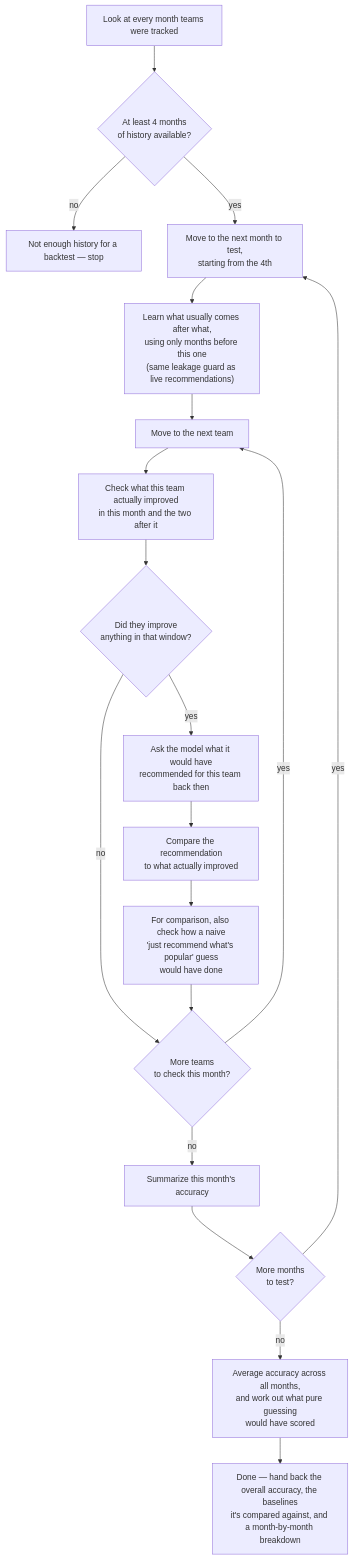
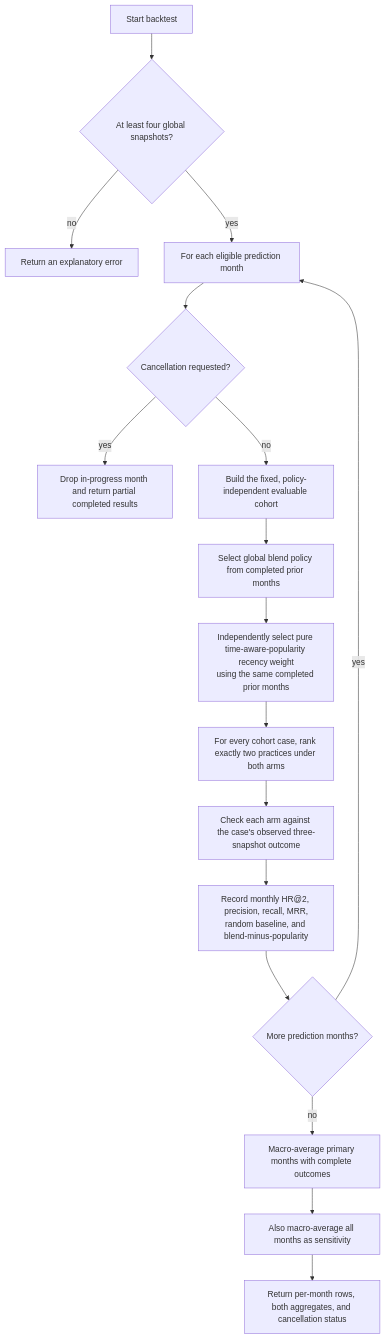
One commit to erezmorabia/agile-prediction-mvp changed the diagram in docs/flowcharts/run-backtest.md. Above: the diagram before and after it, drawn with Mermaid. The commit also changed other lines of this file and 9 other files, not shown here.

First line of the commit message:
Update flowcharts and sequence diagrams for the policy blend

````diff
--- a/docs/flowcharts/run-backtest.md
+++ b/docs/flowcharts/run-backtest.md
@@ -16,21 +9,19 @@
 ```mermaid
 flowchart TD
-    A[Look at every month teams were tracked] --> B{At least 4 months<br/>of history available?}
-    B -->|no| Z1[Not enough history for a backtest — stop]
-    B -->|yes| C[Move to the next month to test,<br/>starting from the 4th]
-    C --> D["Learn what usually comes after what,<br/>using only months before this one<br/>(same leakage guard as live recommendations)"]
-    D --> E[Move to the next team]
-    E --> F[Check what this team actually improved<br/>in this month and the two after it]
-    F --> G{Did they improve<br/>anything in that window?}
-    G -->|yes| H["Ask the model what it would have<br/>recommended for this team back then"]
-    H --> I[Compare the recommendation<br/>to what actually improved]
-    I --> J["For comparison, also check how a naive<br/>'just recommend what's popular' guess<br/>would have done"]
-    G -->|no| K{More teams<br/>to check this month?}
-    J --> K
-    K -->|yes| E
-    K -->|no| L[Summarize this month's accuracy]
-    L --> N{More months<br/>to test?}
-    N -->|yes| C
-    N -->|no| O["Average accuracy across all months,<br/>and work out what pure guessing<br/>would have scored"]
-    O --> M["Done — hand back the overall accuracy, the baselines<br/>it's compared against, and a month-by-month breakdown"]
+    A[Start backtest] --> B{At least four global snapshots?}
+    B -->|no| Z[Return an explanatory error]
+    B -->|yes| C[For each eligible prediction month]
+    C --> D{Cancellation requested?}
+    D -->|yes| X[Drop in-progress month and return partial completed results]
+    D -->|no| E[Build the fixed, policy-independent evaluable cohort]
+    E --> F[Select global blend policy from completed prior months]
+    F --> G[Independently select pure time-aware-popularity recency weight<br/>using the same completed prior months]
+    G --> H[For every cohort case, rank exactly two practices under both arms]
+    H --> I[Check each arm against the case's observed three-snapshot outcome]
+    I --> J[Record monthly HR@2, precision, recall, MRR,<br/>random baseline, and blend-minus-popularity]
+    J --> K{More prediction months?}
+    K -->|yes| C
+    K -->|no| L[Macro-average primary months with complete outcomes]
+    L --> M[Also macro-average all months as sensitivity]
+    M --> N[Return per-month rows, both aggregates, and cancellation status]
 ```
````
